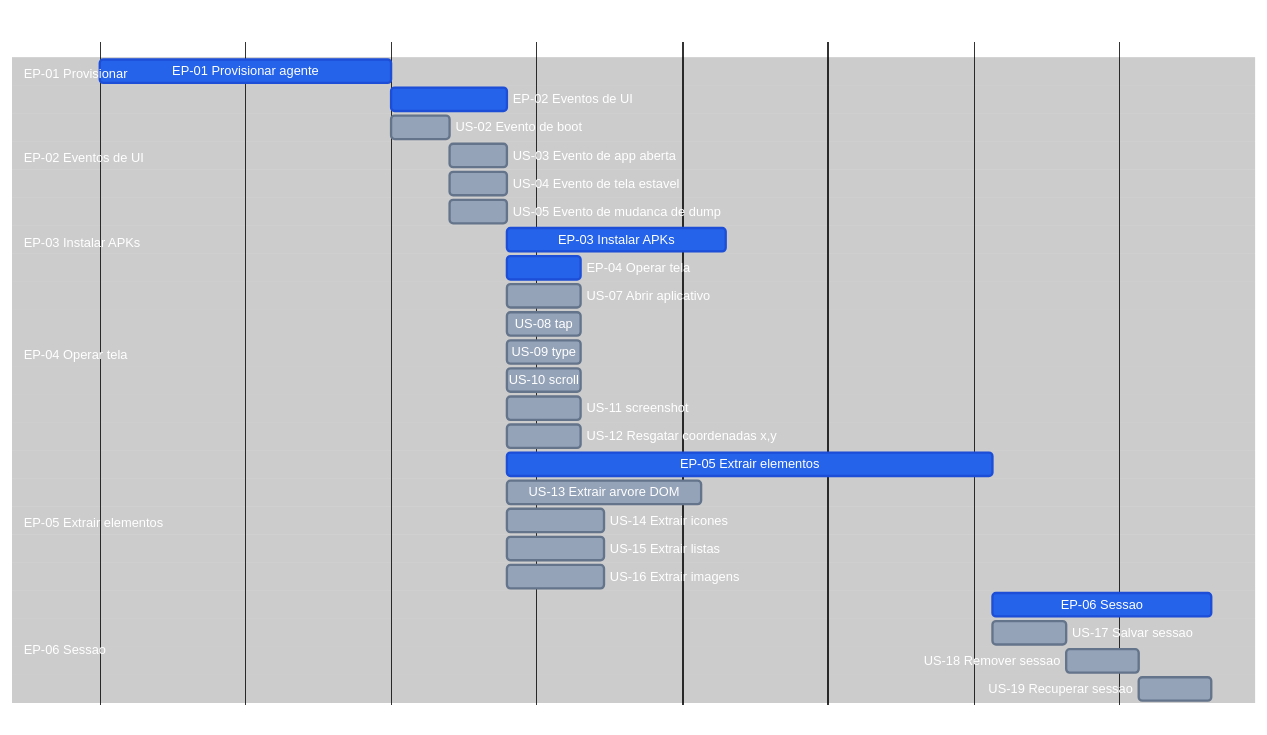
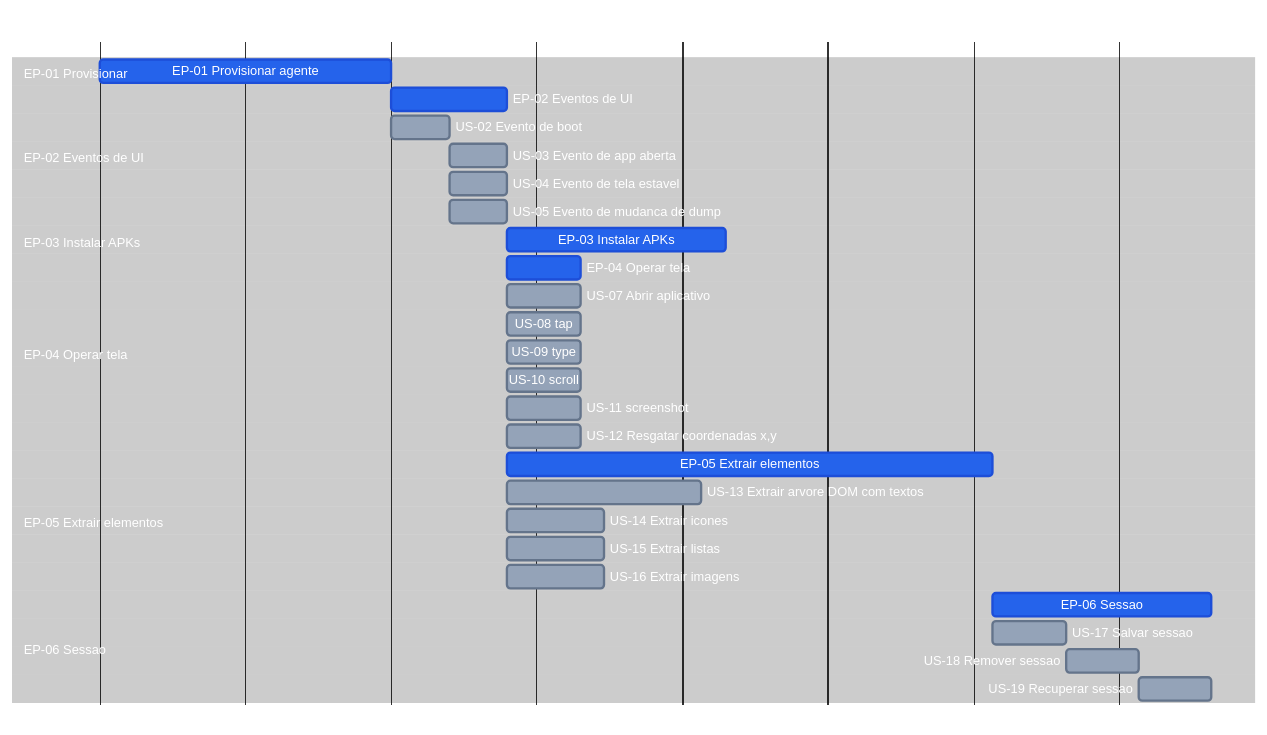
The diagram in connectmax/screen-robot/6.roadmap.md (laerciogermano/workstation), drawn with Mermaid before and after one commit. The commit also changed 8 other files, not shown here.

Commit message:
Renomeia US-13 para Extrair árvore DOM com textos.

````diff
--- a/connectmax/screen-robot/6.roadmap.md
+++ b/connectmax/screen-robot/6.roadmap.md
@@ -9,74 +9,74 @@
 ```mermaid
 ---
 config:
   theme: base
   themeVariables:
     darkMode: true
     background: '#000000'
     primaryTextColor: '#ffffff'
     secondaryTextColor: '#ffffff'
     tertiaryTextColor: '#ffffff'
     textColor: '#ffffff'
     lineColor: '#333333'
     mainBkg: '#000000'
     secondaryColor: '#000000'
     tertiaryColor: '#000000'
     sectionBkgColor: '#000000'
     sectionBkgColor2: '#000000'
     altSectionBkgColor: '#000000'
     gridColor: '#222222'
     excludeBkgColor: '#000000'
     todayLineColor: '#444444'
     doneTaskBkgColor: '#2563eb'
     doneTaskBorderColor: '#1d4ed8'
     taskBkgColor: '#94a3b8'
     taskBorderColor: '#64748b'
     taskTextColor: '#ffffff'
     taskTextDarkColor: '#ffffff'
     taskTextLightColor: '#ffffff'
     taskTextOutsideColor: '#ffffff'
     critBkgColor: '#2563eb'
     critBorderColor: '#1d4ed8'
     activeTaskBkgColor: '#94a3b8'
     activeTaskBorderColor: '#64748b'
 ---
 gantt
   title screen-robot EP / US
   dateFormat X
   axisFormat %s
 
   section EP-01 Provisionar
   EP-01 Provisionar agente              :done, ep01, 0, 60m
 
   section EP-02 Eventos de UI
   EP-02 Eventos de UI                   :done, ep02, after ep01, 24m
   US-02 Evento de boot                  :us02, after ep01, 12m
   US-03 Evento de app aberta            :us03, after us02, 12m
   US-04 Evento de tela estavel          :us04, after us02, 12m
   US-05 Evento de mudanca de dump       :us05, after us02, 12m
 
   section EP-03 Instalar APKs
   EP-03 Instalar APKs                   :done, ep03, after us05, 45m
 
   section EP-04 Operar tela
   EP-04 Operar tela                     :done, ep04, after us05, 15m
   US-07 Abrir aplicativo                :us07, after us05, 15m
   US-08 tap                             :us08, after us05, 15m
   US-09 type                            :us09, after us05, 15m
   US-10 scroll                          :us10, after us05, 15m
   US-11 screenshot                      :us11, after us05, 15m
   US-12 Resgatar coordenadas x,y        :us12, after us05, 15m
 
   section EP-05 Extrair elementos
   EP-05 Extrair elementos               :done, ep05, after us05, 100m
-  US-13 Extrair arvore DOM              :us13, after us05, 40m
+  US-13 Extrair arvore DOM com textos   :us13, after us05, 40m
   US-14 Extrair icones                  :us14, after us05, 20m
   US-15 Extrair listas                  :us15, after us05, 20m
   US-16 Extrair imagens                 :us16, after us05, 20m
 
   section EP-06 Sessao
   EP-06 Sessao                          :done, ep06, after ep05, 45m
   US-17 Salvar sessao                   :us17, after ep05, 15m
   US-18 Remover sessao                  :us18, after us17, 15m
   US-19 Recuperar sessao                :us19, after us18, 15m
 ```
````
